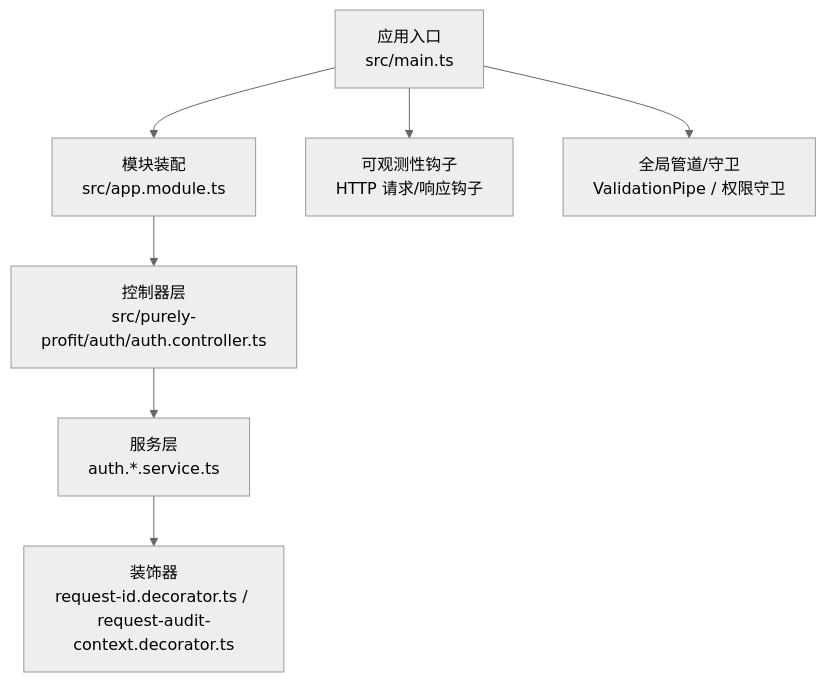
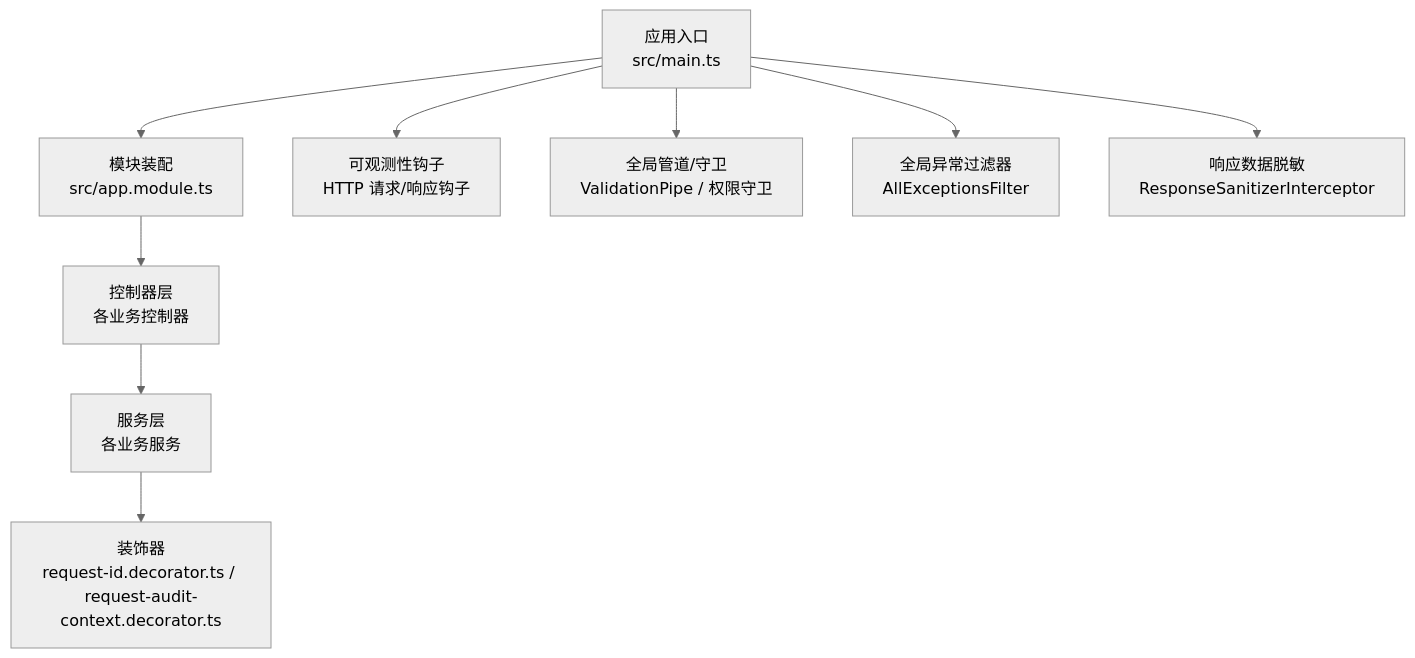
The first of 4 diagrams in .qoder/repowiki/zh/content/开发指南/新模块开发/错误处理模式.md (rc558620/purelyprofit-server), drawn with Mermaid (neutral theme) before and after one commit. The commit also changed other lines of this file and 55 other files, not shown here.

````diff
--- a/.qoder/repowiki/zh/content/开发指南/新模块开发/错误处理模式.md
+++ b/.qoder/repowiki/zh/content/开发指南/新模块开发/错误处理模式.md
@@ -37,9 +45,11 @@
 ```mermaid
 graph TB
 A["应用入口<br/>src/main.ts"] --> B["模块装配<br/>src/app.module.ts"]
-B --> C["控制器层<br/>src/purely-profit/auth/auth.controller.ts"]
-C --> D["服务层<br/>auth.*.service.ts"]
+B --> C["控制器层<br/>各业务控制器"]
+C --> D["服务层<br/>各业务服务"]
 D --> E["装饰器<br/>request-id.decorator.ts / request-audit-context.decorator.ts"]
 A --> F["可观测性钩子<br/>HTTP 请求/响应钩子"]
 A --> G["全局管道/守卫<br/>ValidationPipe / 权限守卫"]
+A --> H["全局异常过滤器<br/>AllExceptionsFilter"]
+A --> I["响应数据脱敏<br/>ResponseSanitizerInterceptor"]
 ```
````
